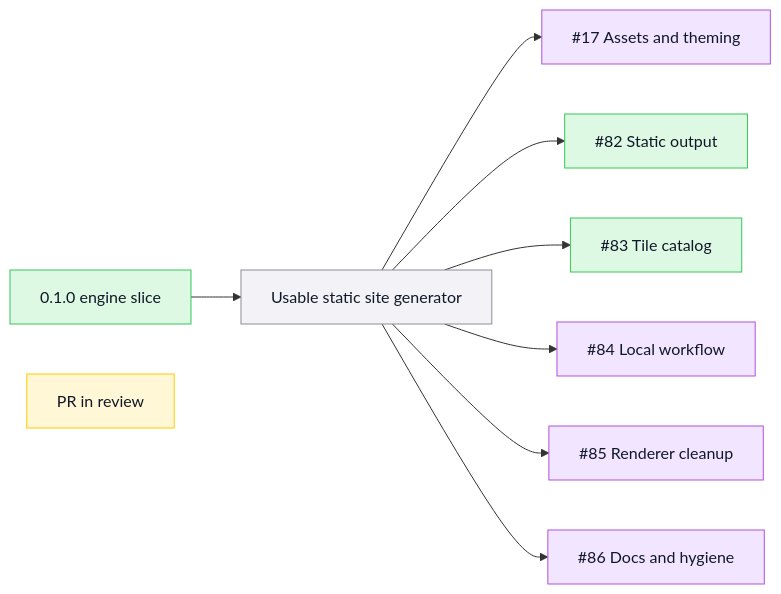
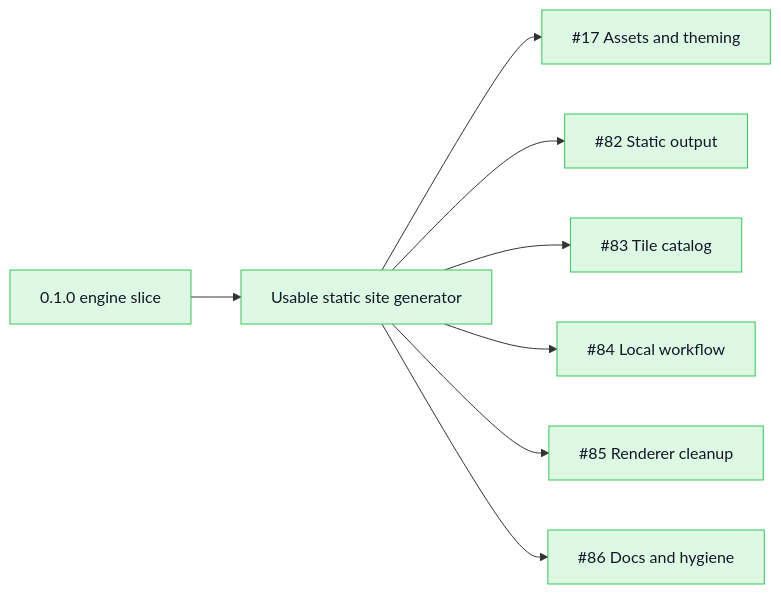
Before and after one commit to TileDown/tile-down: the third of 9 diagrams in README.md, drawn with Mermaid. The commit also changed other lines of this file, not shown here.

First line of the commit message:
docs(readme): mark closed roadmap epics done

````diff
--- a/README.md
+++ b/README.md
@@ -87,17 +87,15 @@
 ```mermaid
 flowchart LR
-  Engine["0.1.0 engine slice"]:::done --> Site["Usable static site generator"]:::todo
-  Site --> Assets["#17 Assets and theming"]:::epic
+  Engine["0.1.0 engine slice"]:::done --> Site["Usable static site generator"]:::done
+  Site --> Assets["#17 Assets and theming"]:::done
   Site --> Output["#82 Static output"]:::done
   Site --> Tiles["#83 Tile catalog"]:::done
-  Site --> Workflow["#84 Local workflow"]:::epic
-  Site --> Renderer["#85 Renderer cleanup"]:::epic
-  Site --> Docs["#86 Docs and hygiene"]:::epic
-
-  Review["PR in review"]:::review
+  Site --> Workflow["#84 Local workflow"]:::done
+  Site --> Renderer["#85 Renderer cleanup"]:::done
+  Site --> Docs["#86 Docs and hygiene"]:::done
 
   classDef done fill:#ddf9e4,stroke:#34c759,color:#111827
   classDef review fill:#fff7d6,stroke:#ffcc00,color:#111827
   classDef epic fill:#f2e5ff,stroke:#af52de,color:#111827
   classDef todo fill:#f2f2f7,stroke:#8e8e93,color:#111827
 ```
````
